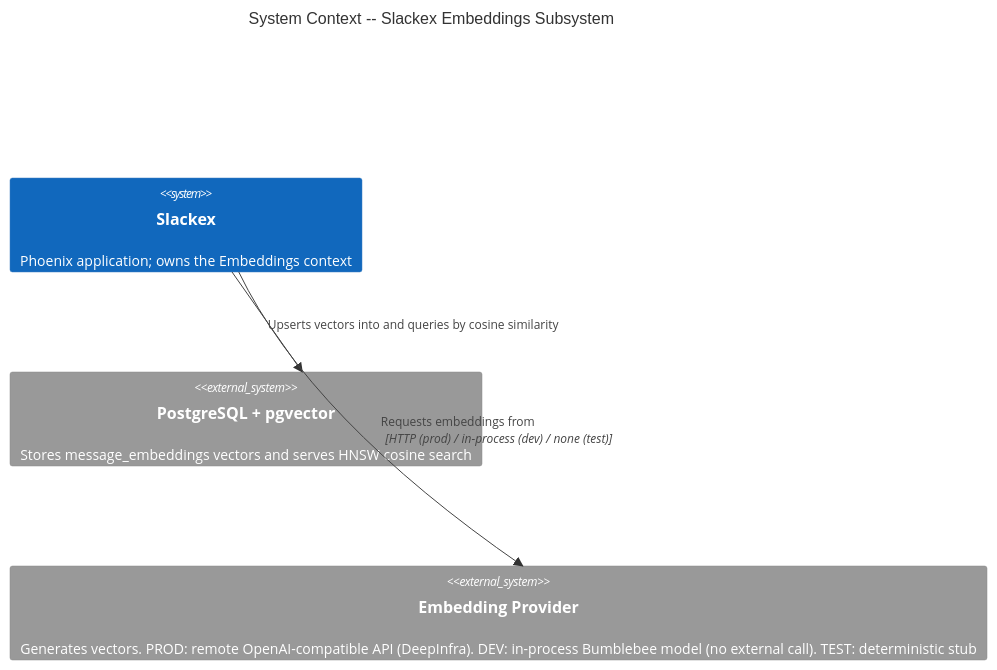
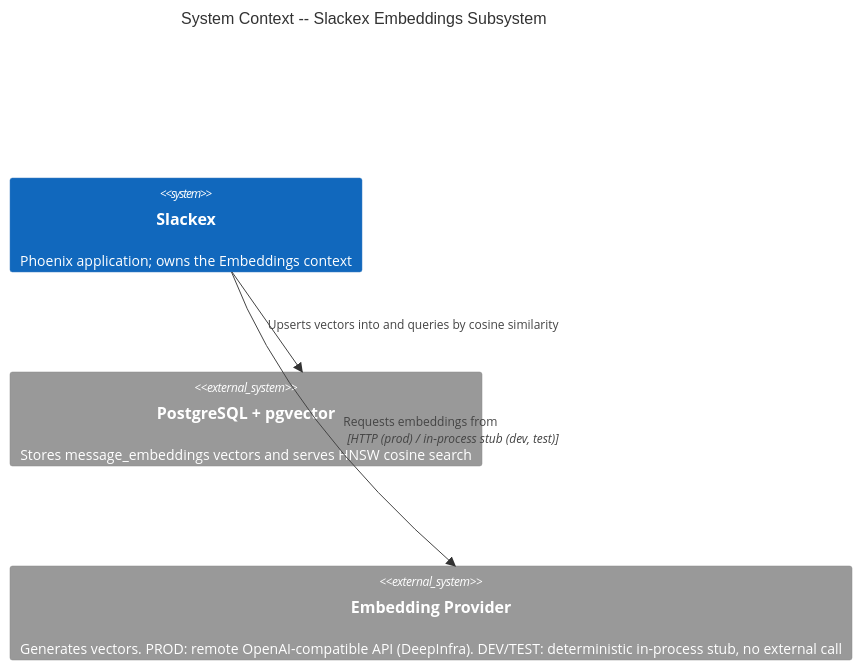
One commit to d-j-will/slackex changed the first of 5 diagrams in docs/architecture/embeddings.md. Above: the diagram before and after it, drawn with Mermaid. The commit also changed other lines of this file and 1 other file, not shown here.

Commit message:
docs(architecture): reflect removal of local ML inference (DeepInfra API only)

````diff
--- a/docs/architecture/embeddings.md
+++ b/docs/architecture/embeddings.md
@@ -53,11 +52,11 @@
 ```mermaid
 C4Context
   title System Context -- Slackex Embeddings Subsystem
 
   System(slackex, "Slackex", "Phoenix application; owns the Embeddings context")
   System_Ext(postgres, "PostgreSQL + pgvector", "Stores message_embeddings vectors and serves HNSW cosine search")
-  System_Ext(provider, "Embedding Provider", "Generates vectors. PROD: remote OpenAI-compatible API (DeepInfra). DEV: in-process Bumblebee model (no external call). TEST: deterministic stub")
+  System_Ext(provider, "Embedding Provider", "Generates vectors. PROD: remote OpenAI-compatible API (DeepInfra). DEV/TEST: deterministic in-process stub, no external call")
 
   Rel(slackex, postgres, "Upserts vectors into and queries by cosine similarity")
-  Rel(slackex, provider, "Requests embeddings from", "HTTP (prod) / in-process (dev) / none (test)")
+  Rel(slackex, provider, "Requests embeddings from", "HTTP (prod) / in-process stub (dev, test)")
 ```
````
